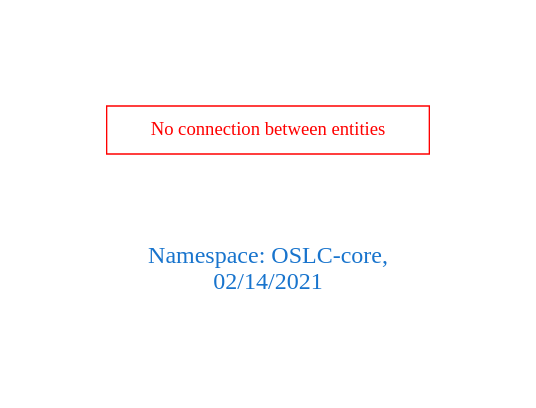
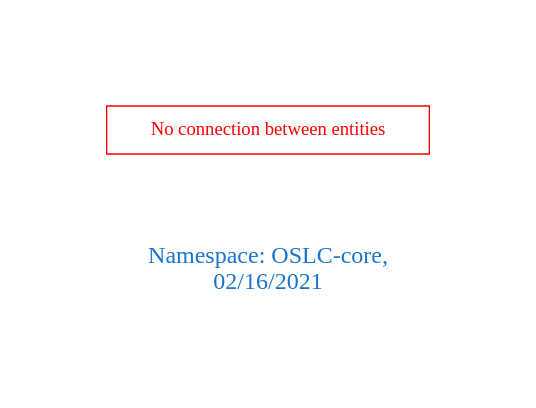
One commit to arago/OGIT changed the diagram in downloads/OSLC-core.dot. Above: the diagram before and after it, drawn with Graphviz. The commit also changed 1855 other files, not shown here.

```diff
--- a/downloads/OSLC-core.dot
+++ b/downloads/OSLC-core.dot
@@ -1,9 +1,9 @@
 digraph OGIT_ontology {
  graph [ rankdir= LR,pad=1 
 fontsize = 18,
-fontcolor= dodgerblue3,label = "\n\n\nNamespace: OSLC-core, \n 02/14/2021"];
+fontcolor= dodgerblue3,label = "\n\n\nNamespace: OSLC-core, \n 02/16/2021"];
 node[shape=polygon];
 edge [  color="gray81"];
 
 "No connection between entities" [fontcolor = "red",color="red", shape="polygon"]
 }
```
